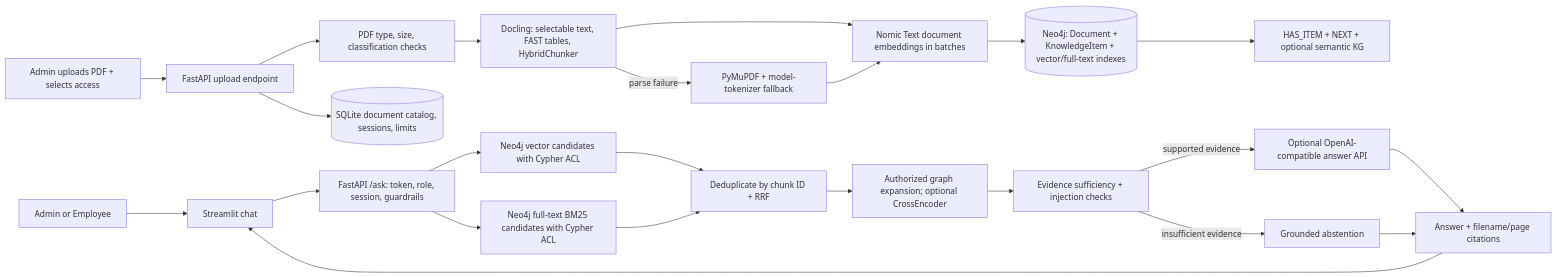
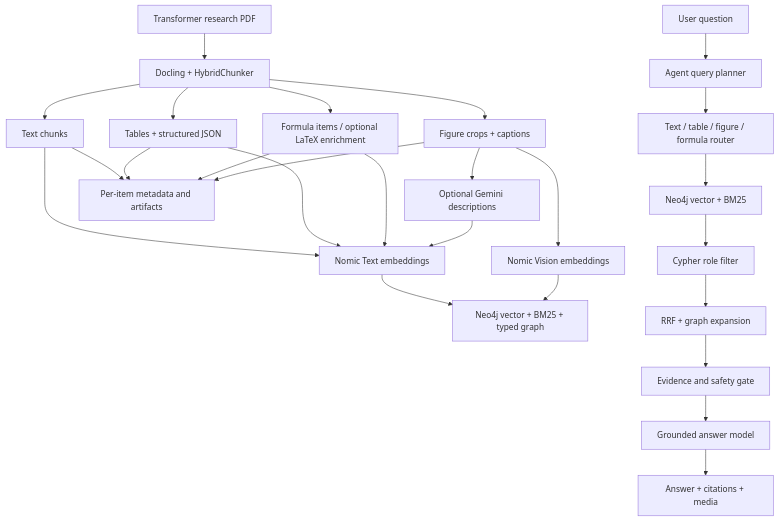
Before and after one commit to priyatechworks/Enterprise-chatbot: the diagram in README.md, drawn with Mermaid. The commit also changed other lines of this file and 14 other files, not shown here.

````diff
--- a/README.md
+++ b/README.md
@@ -7,25 +7,28 @@
 ```mermaid
-flowchart LR
-  Admin[Admin uploads PDF + selects access] --> API[FastAPI upload endpoint]
-  API --> Validate[PDF type, size, classification checks]
-  Validate --> Parse[Docling: selectable text, FAST tables, HybridChunker]
-  Parse -->|parse failure| Fallback[PyMuPDF + model-tokenizer fallback]
-  Parse --> Embed[Nomic Text document embeddings in batches]
-  Fallback --> Embed
-  Embed --> Neo[(Neo4j: Document + KnowledgeItem + vector/full-text indexes)]
-  Neo --> Links[HAS_ITEM + NEXT + optional semantic KG]
-  API --> Catalog[(SQLite document catalog, sessions, limits)]
-  User[Admin or Employee] --> UI[Streamlit chat]
-  UI --> Ask[FastAPI /ask: token, role, session, guardrails]
-  Ask --> Vector[Neo4j vector candidates with Cypher ACL]
-  Ask --> BM25[Neo4j full-text BM25 candidates with Cypher ACL]
-  Vector --> RRF[Deduplicate by chunk ID + RRF]
-  BM25 --> RRF
-  RRF --> Expand[Authorized graph expansion; optional CrossEncoder]
-  Expand --> Gate[Evidence sufficiency + injection checks]
-  Gate -->|supported evidence| LLM[Optional OpenAI-compatible answer API]
-  Gate -->|insufficient evidence| Abstain[Grounded abstention]
-  LLM --> Response[Answer + filename/page citations]
-  Abstain --> Response
-  Response --> UI
+flowchart TB
+  PDF[Transformer research PDF] --> Docling[Docling + HybridChunker]
+  Docling --> Text[Text chunks]
+  Docling --> Tables[Tables + structured JSON]
+  Docling --> Formulas[Formula items / optional LaTeX enrichment]
+  Docling --> Figures[Figure crops + captions]
+  Figures --> Gemini[Optional Gemini descriptions]
+  Text --> NomicText[Nomic Text embeddings]
+  Tables --> NomicText
+  Formulas --> NomicText
+  Gemini --> NomicText
+  Figures --> NomicVision[Nomic Vision embeddings]
+  NomicText --> Neo4j[Neo4j vector + BM25 + typed graph]
+  NomicVision --> Neo4j
+  Text --> Manifest[Per-item metadata and artifacts]
+  Tables --> Manifest
+  Formulas --> Manifest
+  Figures --> Manifest
+  User[User question] --> Planner[Agent query planner]
+  Planner --> Router[Text / table / figure / formula router]
+  Router --> Retrieval[Neo4j vector + BM25]
+  Retrieval --> ACL[Cypher role filter]
+  ACL --> RRF[RRF + graph expansion]
+  RRF --> Gate[Evidence and safety gate]
+  Gate --> LLM[Grounded answer model]
+  LLM --> Response[Answer + citations + media]
 ```
````
